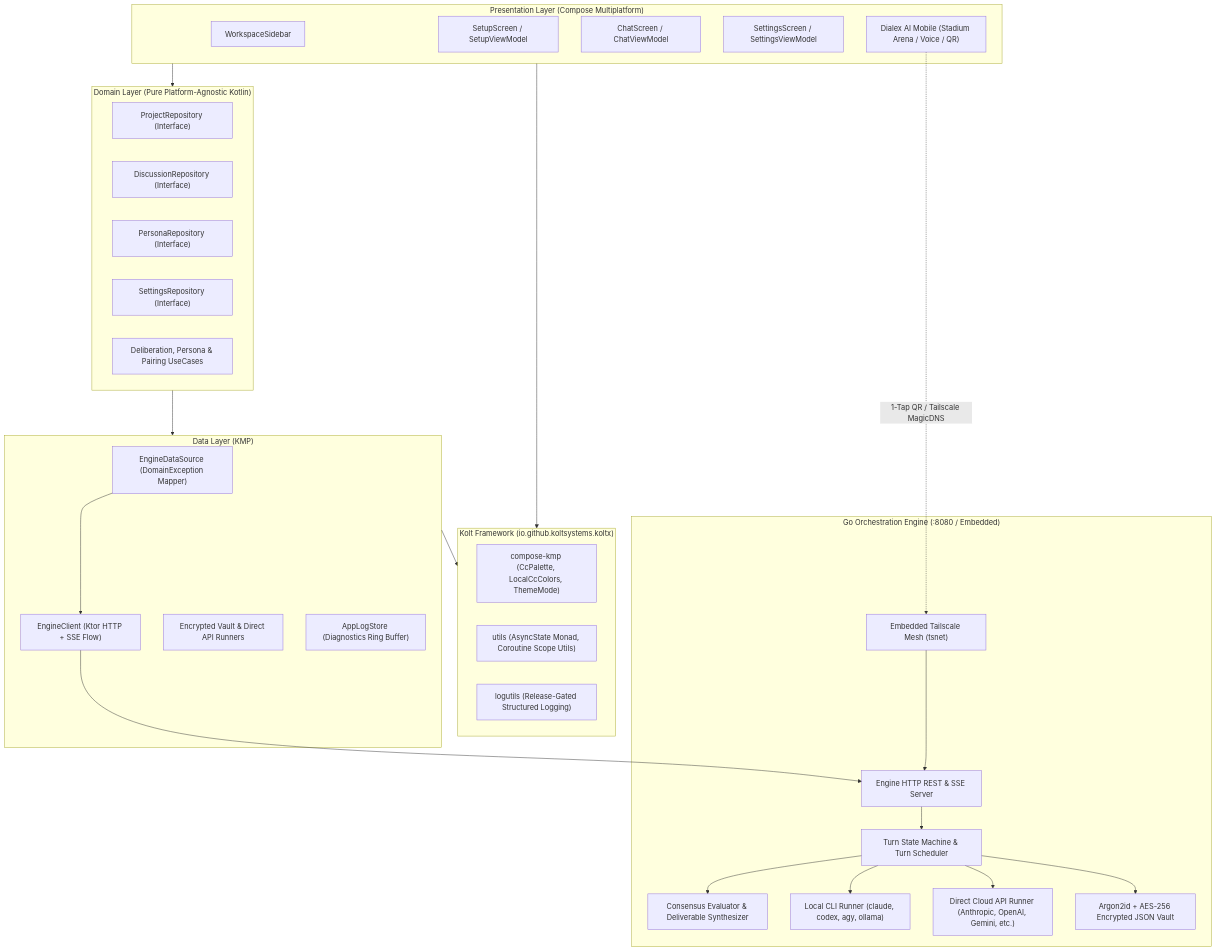
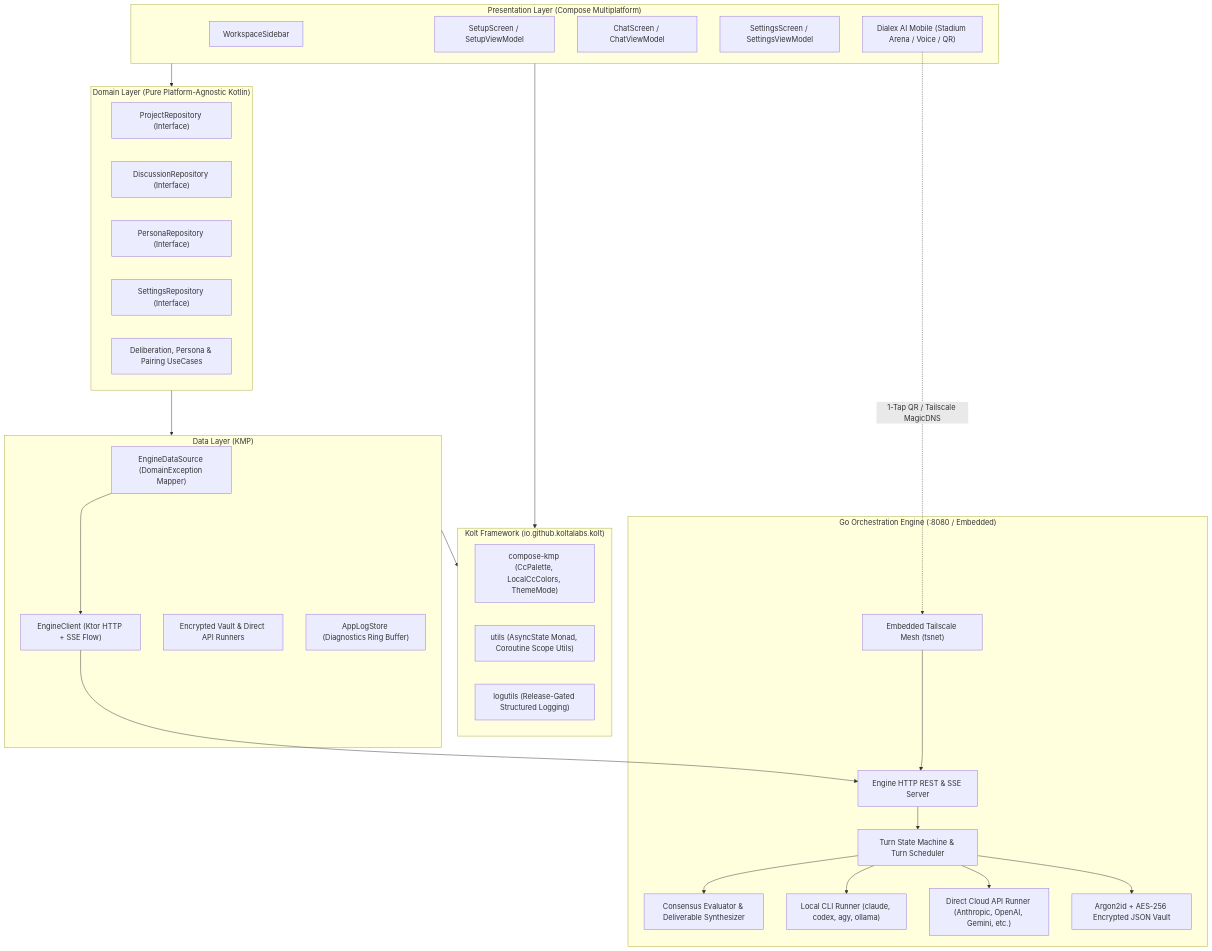
One commit to Kolta-Labs/DialexAI changed the first of 2 diagrams in docs/03_ARCHITECTURE_AND_SYSTEM_DESIGN.md. Above: the diagram before and after it, drawn with Mermaid. The commit also changed 4 other files, not shown here.

````diff
--- a/docs/03_ARCHITECTURE_AND_SYSTEM_DESIGN.md
+++ b/docs/03_ARCHITECTURE_AND_SYSTEM_DESIGN.md
@@ -9,55 +9,55 @@
 ```mermaid
 flowchart TD
     subgraph UI ["Presentation Layer (Compose Multiplatform)"]
         Sidebar["WorkspaceSidebar"]
         Setup["SetupScreen / SetupViewModel"]
         Chat["ChatScreen / ChatViewModel"]
         Settings["SettingsScreen / SettingsViewModel"]
         MobileHub["Dialex AI Mobile (Stadium Arena / Voice / QR)"]
     end
 
-    subgraph KoltLibs ["Kolt Framework (io.github.koltsystems.koltx)"]
+    subgraph KoltLibs ["Kolt Framework (io.github.koltalabs.kolt)"]
         ComposeKmp["compose-kmp (CcPalette, LocalCcColors, ThemeMode)"]
         Utils["utils (AsyncState Monad, Coroutine Scope Utils)"]
         LogUtils["logutils (Release-Gated Structured Logging)"]
     end
 
     subgraph Domain ["Domain Layer (Pure Platform-Agnostic Kotlin)"]
         ProjectsRepo["ProjectRepository (Interface)"]
         DiscussionRepo["DiscussionRepository (Interface)"]
         PersonaRepo["PersonaRepository (Interface)"]
         SettingsRepo["SettingsRepository (Interface)"]
         UseCases["Deliberation, Persona & Pairing UseCases"]
     end
 
     subgraph Data ["Data Layer (KMP)"]
         EngineDS["EngineDataSource (DomainException Mapper)"]
         KtorClient["EngineClient (Ktor HTTP + SSE Flow)"]
         LocalStore["Encrypted Vault & Direct API Runners"]
         AppLogStore["AppLogStore (Diagnostics Ring Buffer)"]
     end
 
     subgraph Backend ["Go Orchestration Engine (:8080 / Embedded)"]
         HttpServer["Engine HTTP REST & SSE Server"]
         Orchestrator["Turn State Machine & Turn Scheduler"]
         ConsensusEngine["Consensus Evaluator & Deliverable Synthesizer"]
         TsnetMesh["Embedded Tailscale Mesh (tsnet)"]
         CliRunner["Local CLI Runner (claude, codex, agy, ollama)"]
         ApiRunner["Direct Cloud API Runner (Anthropic, OpenAI, Gemini, etc.)"]
         VaultStore["Argon2id + AES-256 Encrypted JSON Vault"]
     end
 
     UI --> KoltLibs
     UI --> Domain
     Domain --> Data
     Data --> KoltLibs
     EngineDS --> KtorClient
     KtorClient --> HttpServer
     MobileHub -.->|1-Tap QR / Tailscale MagicDNS| TsnetMesh
     TsnetMesh --> HttpServer
     HttpServer --> Orchestrator
     Orchestrator --> ConsensusEngine
     Orchestrator --> CliRunner
     Orchestrator --> ApiRunner
     Orchestrator --> VaultStore
 ```
````
